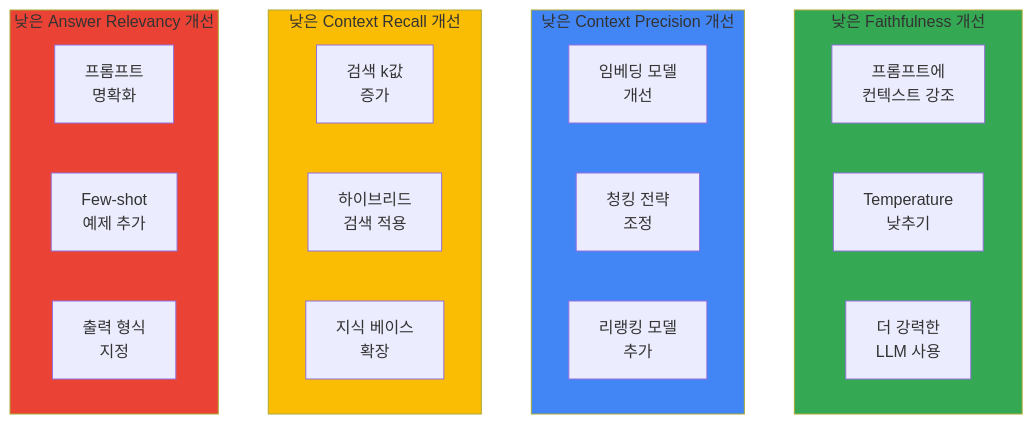
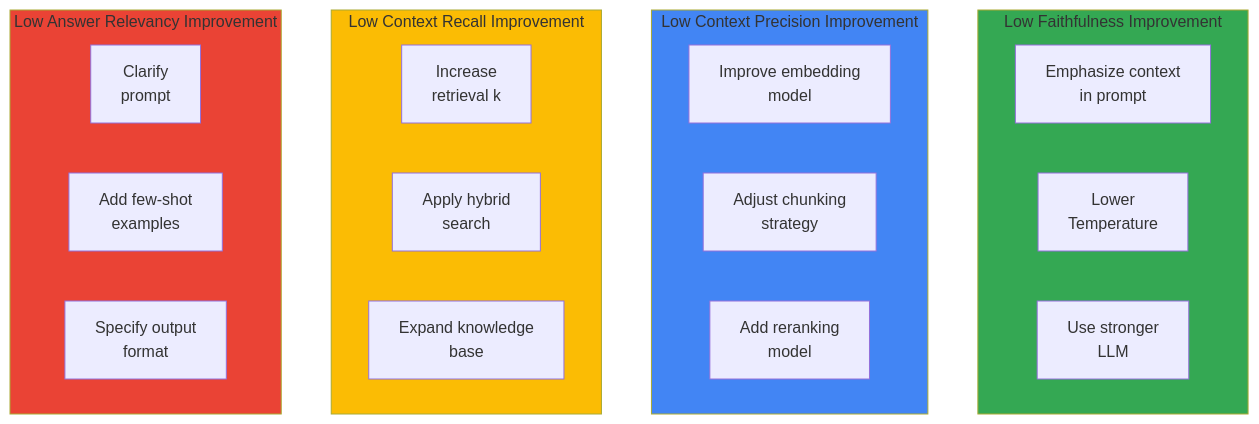
The second of 2 diagrams in docs/agentic-ai-platform/operations-mlops/governance/ragas-evaluation.md (devfloor9/engineering-playbook), drawn with Mermaid before and after one commit. The commit also changed other lines of this file and 954 other files, not shown here.

````diff
--- a/docs/agentic-ai-platform/operations-mlops/governance/ragas-evaluation.md
+++ b/docs/agentic-ai-platform/operations-mlops/governance/ragas-evaluation.md
@@ -449,31 +449,31 @@
 ```mermaid
 flowchart TB
-    subgraph Faith["낮은 Faithfulness 개선"]
-        F1[프롬프트에<br/>컨텍스트 강조]
-        F2[Temperature<br/>낮추기]
-        F3[더 강력한<br/>LLM 사용]
+    subgraph Faith["Low Faithfulness Improvement"]
+        F1[Emphasize context<br/>in prompt]
+        F2[Lower<br/>Temperature]
+        F3[Use stronger<br/>LLM]
     end
 
-    subgraph Precision["낮은 Context Precision 개선"]
-        CP1[임베딩 모델<br/>개선]
-        CP2[청킹 전략<br/>조정]
-        CP3[리랭킹 모델<br/>추가]
+    subgraph Precision["Low Context Precision Improvement"]
+        CP1[Improve embedding<br/>model]
+        CP2[Adjust chunking<br/>strategy]
+        CP3[Add reranking<br/>model]
     end
 
-    subgraph Recall["낮은 Context Recall 개선"]
-        CR1[검색 k값<br/>증가]
-        CR2[하이브리드<br/>검색 적용]
-        CR3[지식 베이스<br/>확장]
+    subgraph Recall["Low Context Recall Improvement"]
+        CR1[Increase<br/>retrieval k]
+        CR2[Apply hybrid<br/>search]
+        CR3[Expand knowledge<br/>base]
     end
 
-    subgraph Relevancy["낮은 Answer Relevancy 개선"]
-        AR1[프롬프트<br/>명확화]
-        AR2[Few-shot<br/>예제 추가]
-        AR3[출력 형식<br/>지정]
+    subgraph Relevancy["Low Answer Relevancy Improvement"]
+        AR1[Clarify<br/>prompt]
+        AR2[Add few-shot<br/>examples]
+        AR3[Specify output<br/>format]
     end
 
     style Faith fill:#34a853
     style Precision fill:#4285f4
     style Recall fill:#fbbc04
     style Relevancy fill:#ea4335
 ```
````
